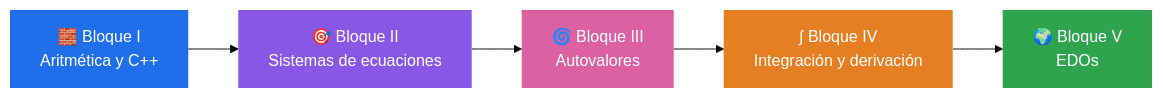
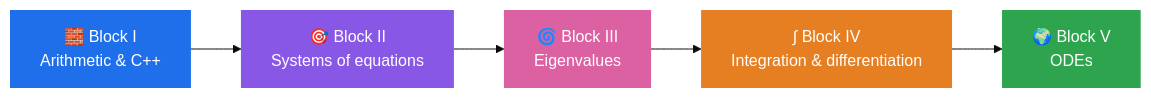
One commit to EnDriS10/Cpp_Physics changed the diagram in README.md. Above: the diagram before and after it, drawn with Mermaid (base theme). The commit also changed other lines of this file, not shown here.

````diff
--- a/README.md
+++ b/README.md
@@ -38,12 +42,12 @@
 ```mermaid
 flowchart LR
-    A["🧱 Bloque I<br/>Aritmética y C++"] --> B["🎯 Bloque II<br/>Sistemas de ecuaciones"]
-    B --> C["🌀 Bloque III<br/>Autovalores"]
-    C --> D["∫ Bloque IV<br/>Integración y derivación"]
-    D --> E["🌍 Bloque V<br/>EDOs"]
+    A["🧱 Block I<br/>Arithmetic & C++"] --> B["🎯 Block II<br/>Systems of equations"]
+    B --> C["🌀 Block III<br/>Eigenvalues"]
+    C --> D["∫ Block IV<br/>Integration & differentiation"]
+    D --> E["🌍 Block V<br/>ODEs"]
     style A fill:#1f6feb,color:#fff,stroke:none
     style B fill:#8957e5,color:#fff,stroke:none
     style C fill:#db61a2,color:#fff,stroke:none
     style D fill:#e67e22,color:#fff,stroke:none
     style E fill:#2ea44f,color:#fff,stroke:none
 ```
````
